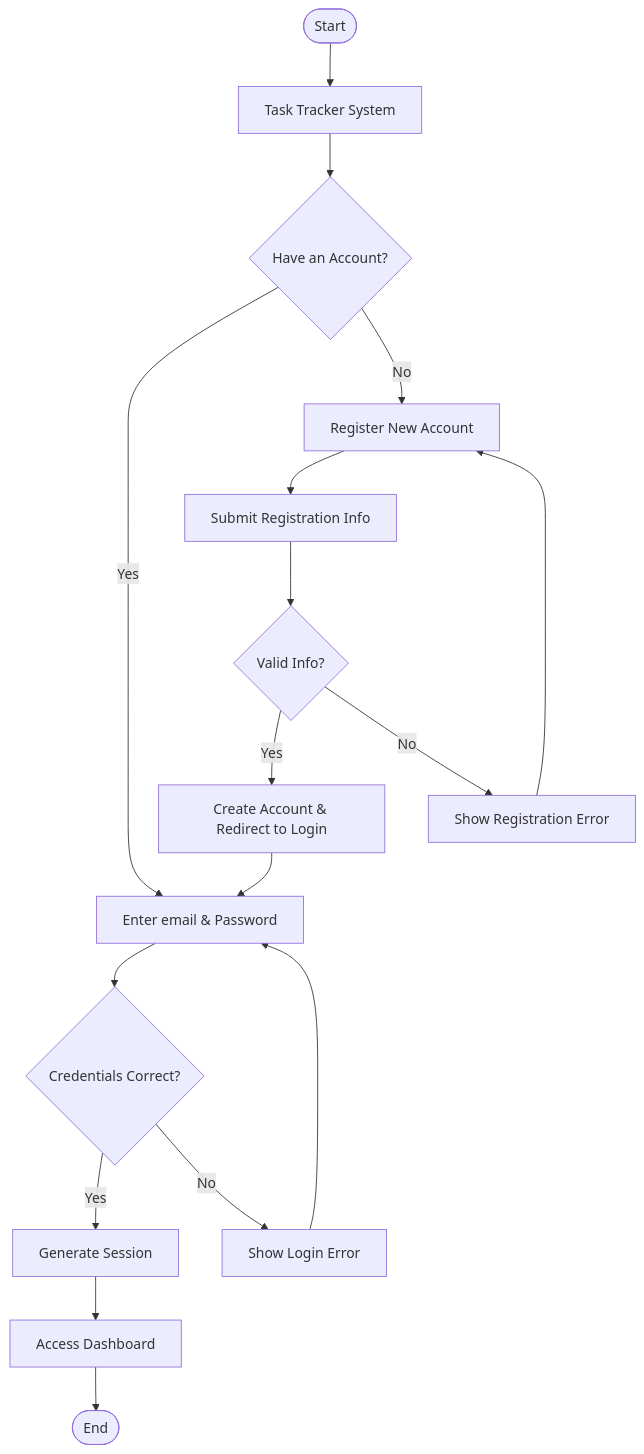
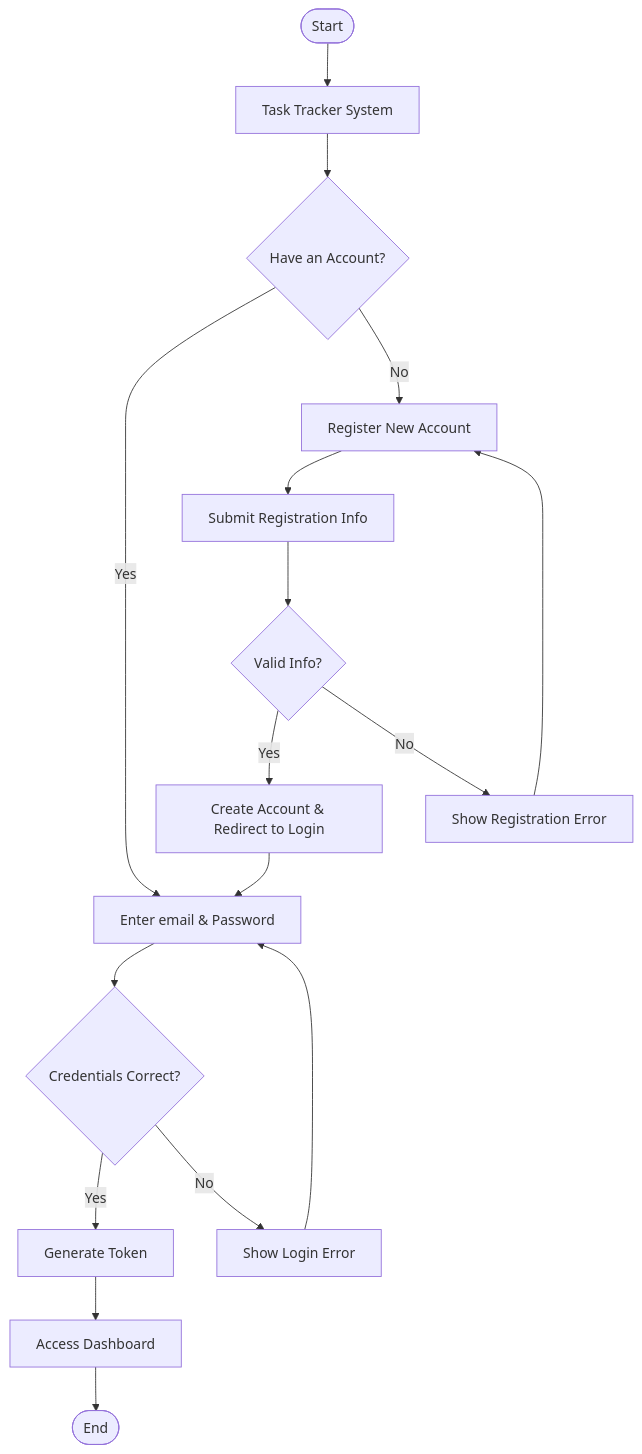
The first of 2 diagrams in docs/security.md (ShivanshKhandelwal-GKM-IT/task-tracker-docs), drawn with Mermaid before and after one commit. The commit also changed 62 other files, not shown here.

````diff
--- a/docs/security.md
+++ b/docs/security.md
@@ -3,24 +3,24 @@
 ```mermaid
 flowchart TD
     Start([Start]) --> A[Task Tracker System]
     A --> B{Have an Account?}
     
     B -->|Yes| C[Enter email & Password]
     B -->|No| D[Register New Account]
     
     D --> E[Submit Registration Info]
     E --> F{Valid Info?}
     F -->|Yes| G[Create Account & Redirect to Login]
     F -->|No| H[Show Registration Error]
     H --> D
     
     G --> C
     
     C --> I{Credentials Correct?}
-    I -->|Yes| J[Generate Session]
+    I -->|Yes| J[Generate Token]
     I -->|No| K[Show Login Error]
     K --> C
     
     J --> L[Access Dashboard]
     L --> End([End])
 ```
````
